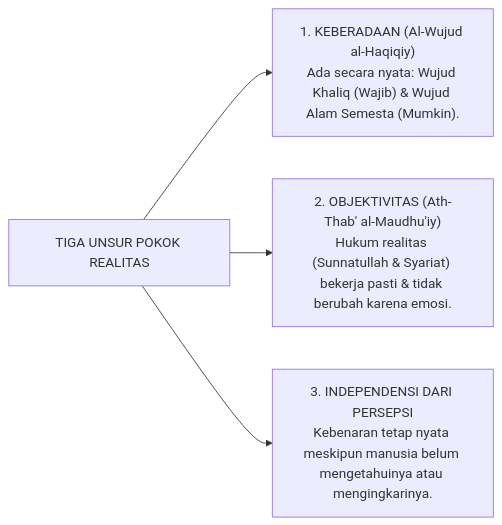
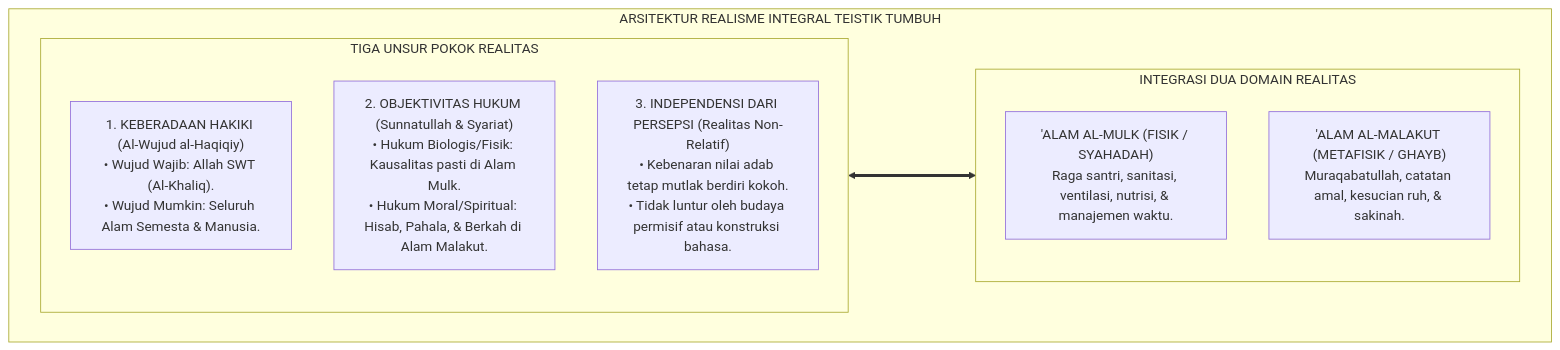
The fifth of 6 diagrams in 01 Philosophy/01 Worldview/01 Hakikat Realitas/P1-01-01-01-Definisi-Realitas.md (wandiapriliyandi/tumbuh), drawn with Mermaid before and after one commit. The commit also changed other lines of this file and 8 other files, not shown here.

Commit message:
feat(philosophy): rekonstruksi total sub-domain 01 Hakikat Realitas (P1-01-01) standar monograf riset akademik murni

````diff
--- a/01 Philosophy/01 Worldview/01 Hakikat Realitas/P1-01-01-01-Definisi-Realitas.md
+++ b/01 Philosophy/01 Worldview/01 Hakikat Realitas/P1-01-01-01-Definisi-Realitas.md
@@ -388,7 +181,18 @@
 ```mermaid
-graph LR
-    Unsur["TIGA UNSUR POKOK REALITAS"]
-    Unsur --> U1["1. KEBERADAAN (Al-Wujud al-Haqiqiy)<br/>Ada secara nyata: Wujud Khaliq (Wajib) & Wujud Alam Semesta (Mumkin)."]
-    Unsur --> U2["2. OBJEKTIVITAS (Ath-Thab' al-Maudhu'iy)<br/>Hukum realitas (Sunnatullah & Syariat) bekerja pasti & tidak berubah karena emosi."]
-    Unsur --> U3["3. INDEPENDENSI DARI PERSEPSI<br/>Kebenaran tetap nyata meskipun manusia belum mengetahuinya atau mengingkarinya."]
+flowchart TD
+    subgraph ArsitekturRealismeIntegralTUMBUH["ARSITEKTUR REALISME INTEGRAL TEISTIK TUMBUH"]
+        
+        subgraph TigaUnsurRealitas["TIGA UNSUR POKOK REALITAS"]
+            U1["1. KEBERADAAN HAKIKI (Al-Wujud al-Haqiqiy)<br/>• Wujud Wajib: Allah SWT (Al-Khaliq).<br/>• Wujud Mumkin: Seluruh Alam Semesta & Manusia."]
+            U2["2. OBJEKTIVITAS HUKUM (Sunnatullah & Syariat)<br/>• Hukum Biologis/Fisik: Kausalitas pasti di Alam Mulk.<br/>• Hukum Moral/Spiritual: Hisab, Pahala, & Berkah di Alam Malakut."]
+            U3["3. INDEPENDENSI DARI PERSEPSI (Realitas Non-Relatif)<br/>• Kebenaran nilai adab tetap mutlak berdiri kokoh.<br/>• Tidak luntur oleh budaya permisif atau konstruksi bahasa."]
+        end
+        
+        subgraph IntegrasiDuaAlam["INTEGRASI DUA DOMAIN REALITAS"]
+            D1["'ALAM AL-MULK (FISIK / SYAHADAH)<br/>Raga santri, sanitasi, ventilasi, nutrisi, & manajemen waktu."]
+            D2["'ALAM AL-MALAKUT (METAFISIK / GHAYB)<br/>Muraqabatullah, catatan amal, kesucian ruh, & sakinah."]
+        end
+        
+        TigaUnsurRealitas <===> IntegrasiDuaAlam
+    end
 ```
````
